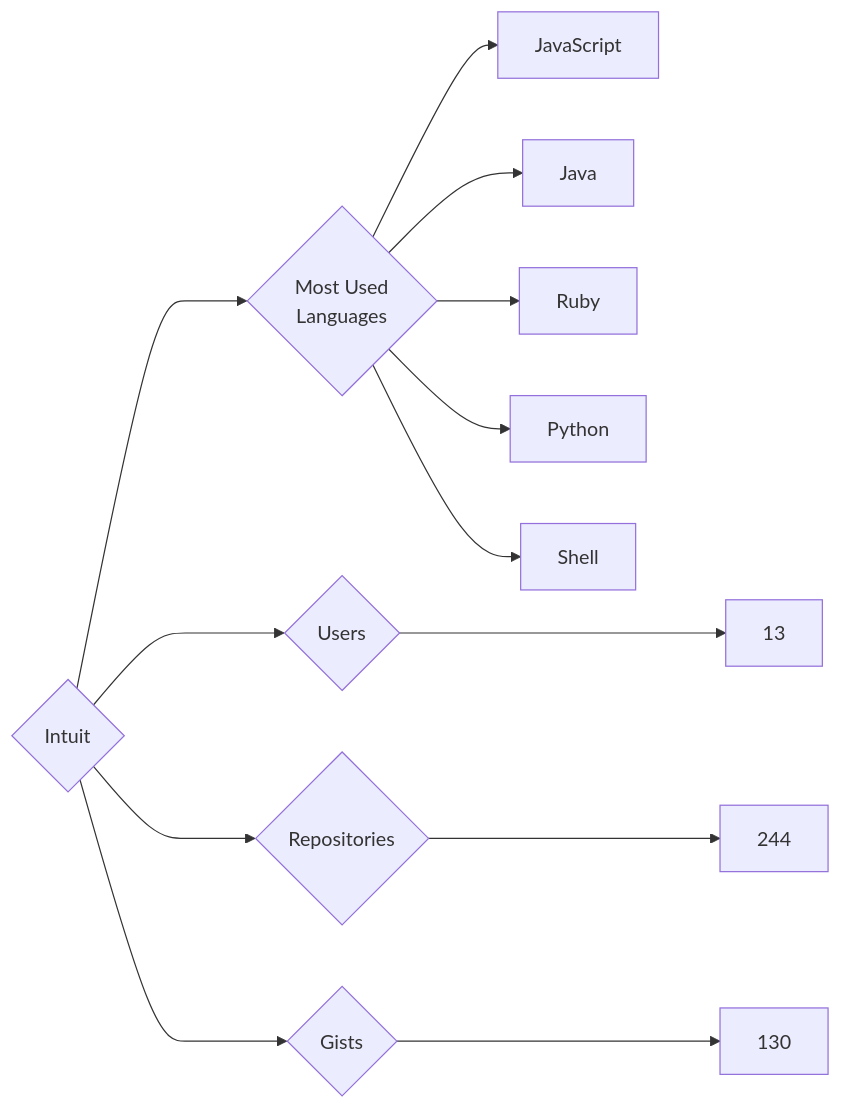
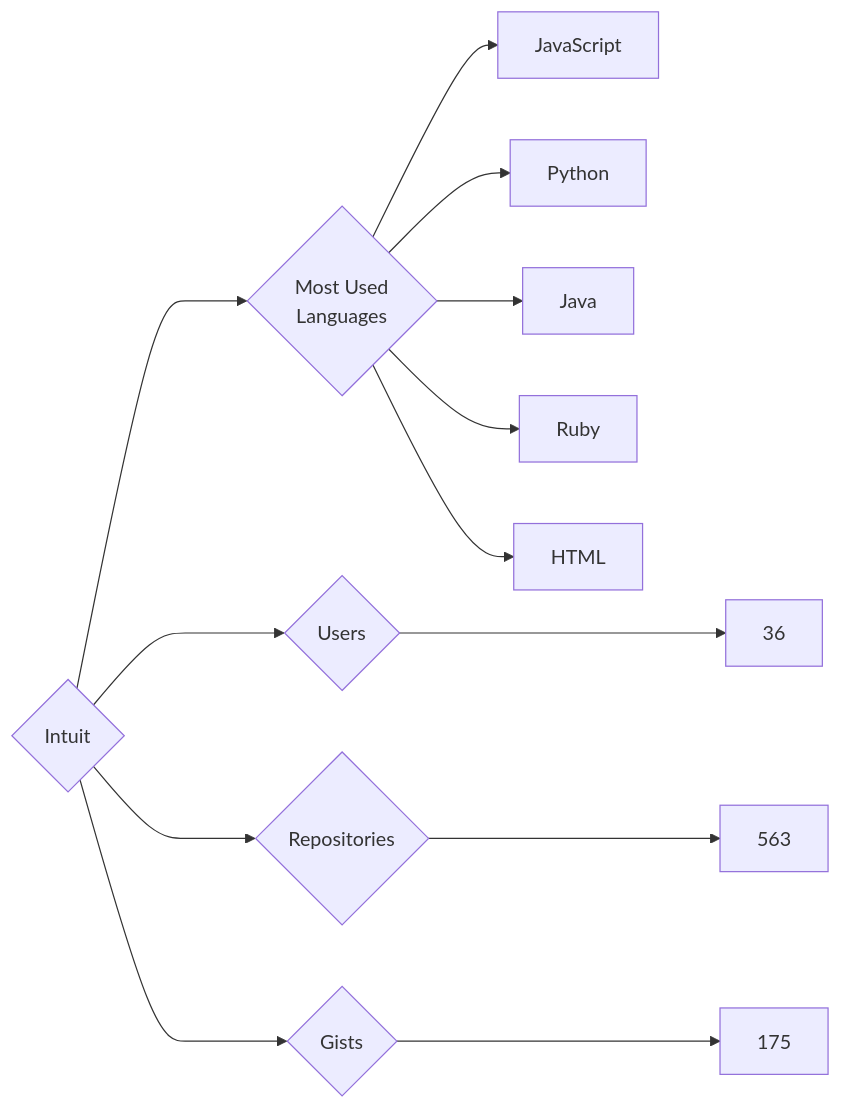
The diagram in targets/Intuit/README.md (trickest/insiders), drawn with Mermaid before and after one commit. The commit also changed 720 other files, not shown here.

````diff
--- a/targets/Intuit/README.md
+++ b/targets/Intuit/README.md
@@ -3,13 +3,13 @@
 ```mermaid
 graph LR
 COMPANY_NAME{Intuit}
-COMPANY_NAME ---> U{Users} ---> UN[13]
-COMPANY_NAME ---> R{Repositories} ---> RN[244]
-COMPANY_NAME ---> G{Gists} ---> GN[130]
+COMPANY_NAME ---> U{Users} ---> UN[36]
+COMPANY_NAME ---> R{Repositories} ---> RN[563]
+COMPANY_NAME ---> G{Gists} ---> GN[175]
 COMPANY_NAME ---> ML{Most Used<br>Languages}
 ML --> JavaScript[JavaScript]
+ML --> Python[Python]
 ML --> Java[Java]
 ML --> Ruby[Ruby]
-ML --> Python[Python]
-ML --> Shell[Shell]
+ML --> HTML[HTML]
 ```
````
